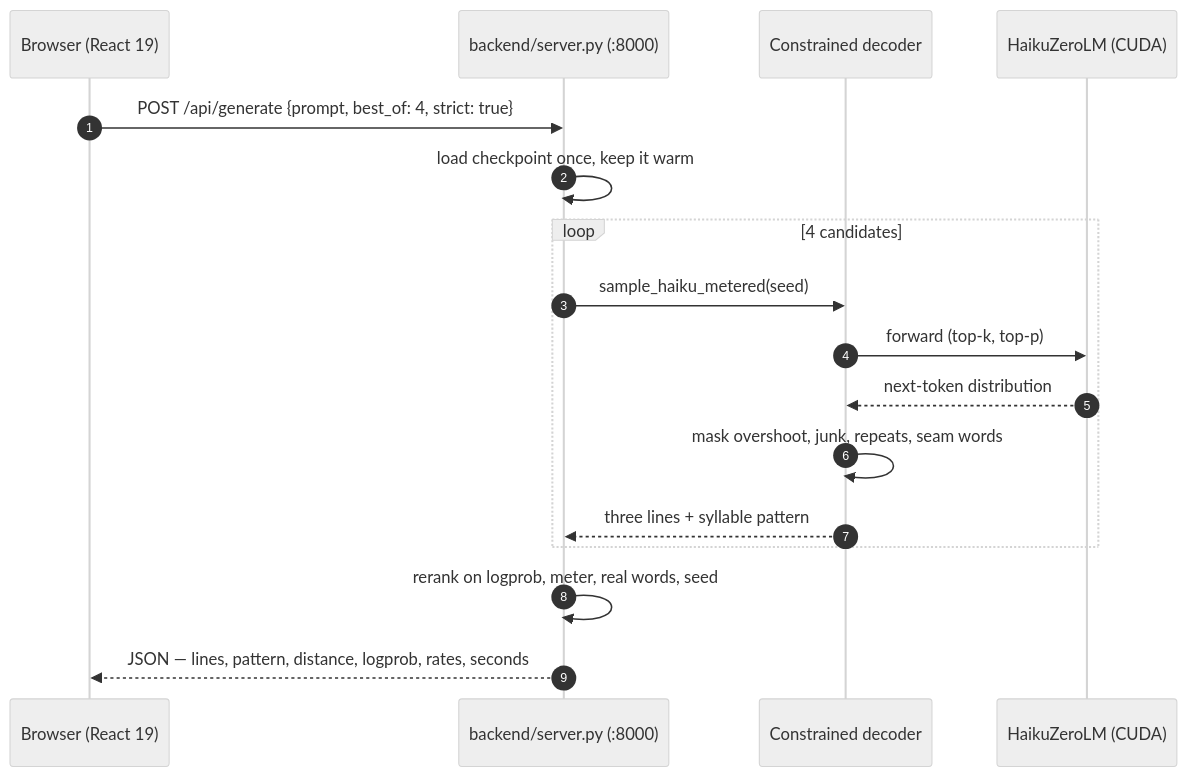
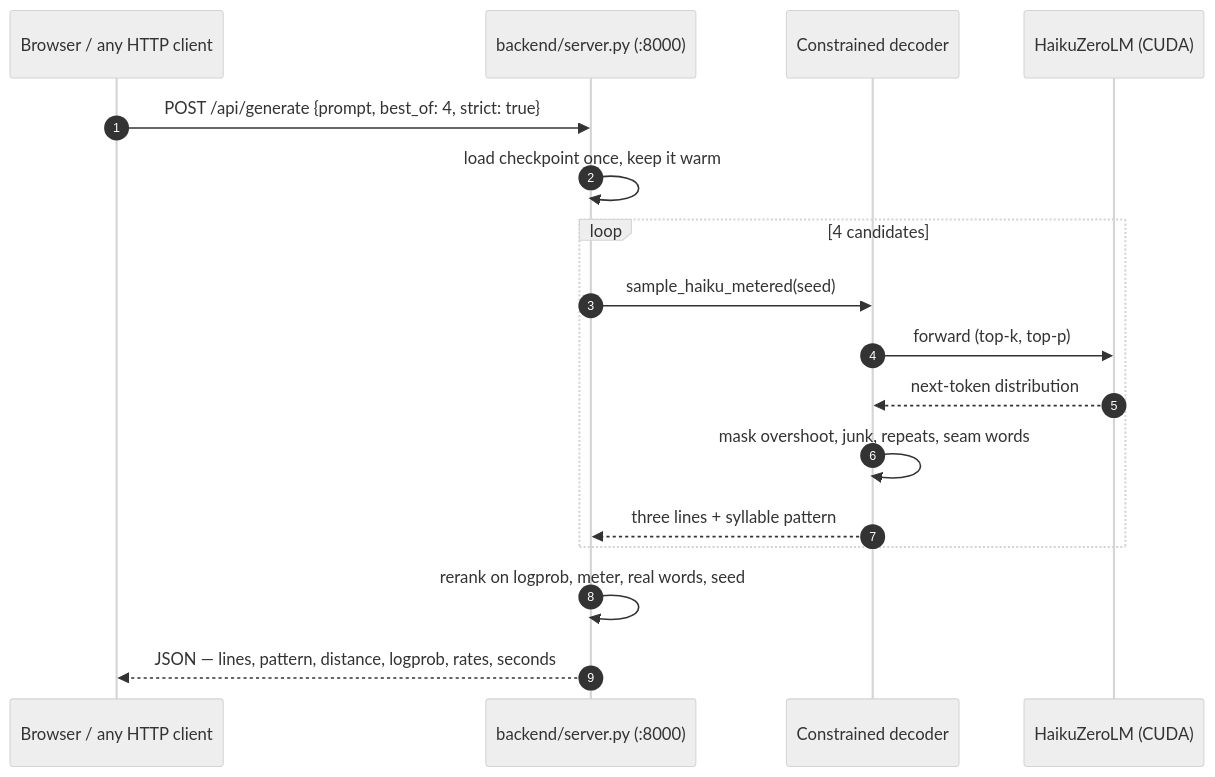
The second of 3 diagrams in README.md (kumarharshzzz04/haiku-zero), drawn with Mermaid (neutral theme) before and after one commit. The commit also changed other lines of this file and 30 other files, not shown here.

````diff
--- a/README.md
+++ b/README.md
@@ -143,20 +152,20 @@
 ```mermaid
 sequenceDiagram
     autonumber
-    participant U as Browser (React 19)
+    participant U as Browser / any HTTP client
     participant S as backend/server.py (:8000)
     participant D as Constrained decoder
     participant M as HaikuZeroLM (CUDA)
 
     U->>S: POST /api/generate {prompt, best_of: 4, strict: true}
     S->>S: load checkpoint once, keep it warm
     loop 4 candidates
         S->>D: sample_haiku_metered(seed)
         D->>M: forward (top-k, top-p)
         M-->>D: next-token distribution
         D->>D: mask overshoot, junk, repeats, seam words
         D-->>S: three lines + syllable pattern
     end
     S->>S: rerank on logprob, meter, real words, seed
     S-->>U: JSON — lines, pattern, distance, logprob, rates, seconds
 ```
````
